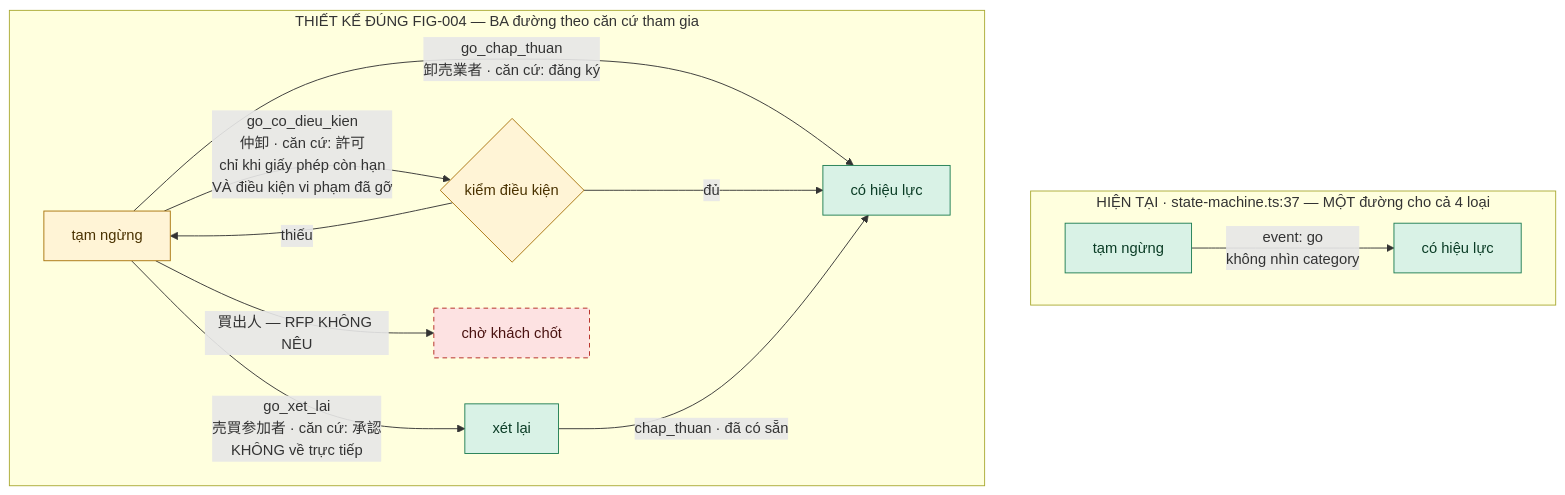
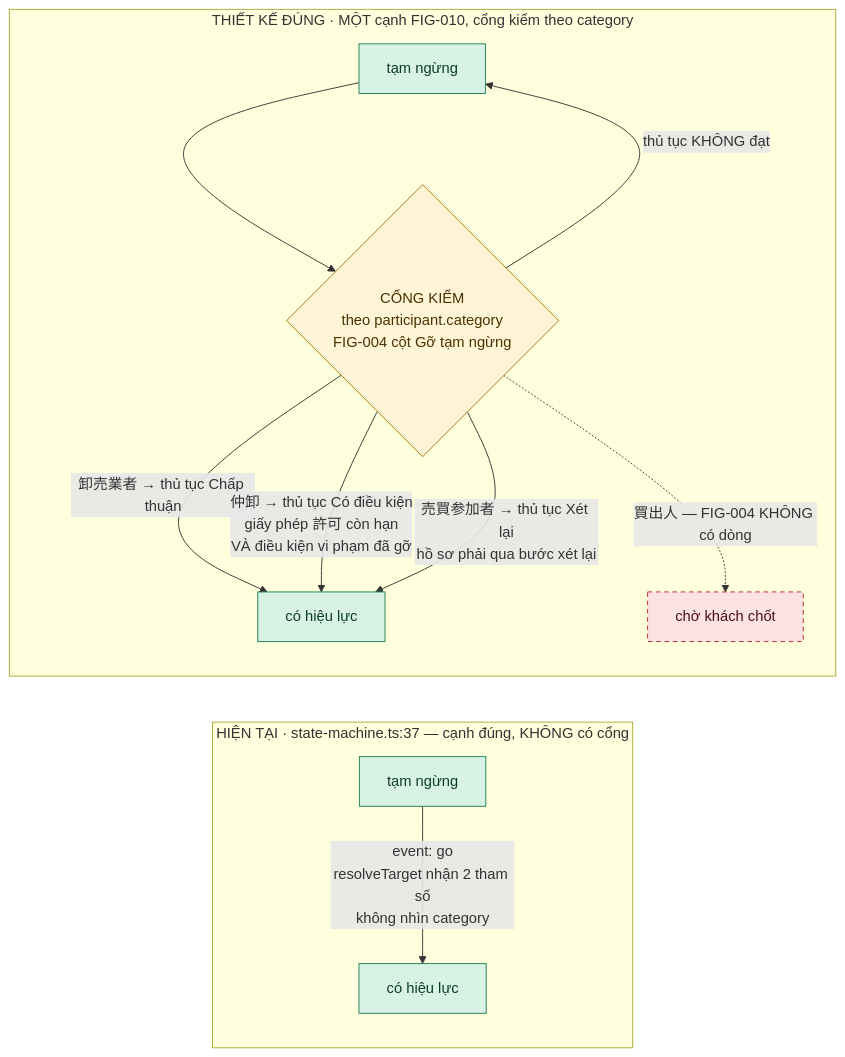
The ninth of 14 diagrams in docs/lab4/20-architecture-design.md (chienpv-3590/sakura-market), drawn with Mermaid before and after one commit. The commit also changed other lines of this file and 2 other files, not shown here.

````diff
--- a/docs/lab4/20-architecture-design.md
+++ b/docs/lab4/20-architecture-design.md
@@ -317,24 +633,22 @@
 ```mermaid
-flowchart TB
-  subgraph now["HIỆN TẠI · state-machine.ts:37 — MỘT đường cho cả 4 loại"]
-    N1["tạm ngừng"] -->|"event: go<br/>không nhìn category"| N2["có hiệu lực"]
+flowchart LR
+  subgraph now["HIỆN TẠI · state-machine.ts:37 — cạnh đúng, KHÔNG có cổng"]
+    N1["tạm ngừng"] -->|"event: go<br/>resolveTarget nhận 2 tham số<br/>không nhìn category"| N2["có hiệu lực"]
   end
 
-  subgraph want["THIẾT KẾ ĐÚNG FIG-004 — BA đường theo căn cứ tham gia"]
-    S0["tạm ngừng"]
-    S0 -->|"go_chap_thuan<br/>卸売業者 · căn cứ: đăng ký"| S1["có hiệu lực"]
-    S0 -->|"go_co_dieu_kien<br/>仲卸 · căn cứ: 許可<br/>chỉ khi giấy phép còn hạn<br/>VÀ điều kiện vi phạm đã gỡ"| S2{"kiểm điều kiện"}
-    S2 -->|"đủ"| S1
-    S2 -->|"thiếu"| S0
-    S0 -->|"go_xet_lai<br/>売買参加者 · căn cứ: 承認<br/>KHÔNG về trực tiếp"| S3["xét lại"]
-    S3 -->|"chap_thuan · đã có sẵn"| S1
-    S0 -->|"買出人 — RFP KHÔNG NÊU"| S4["chờ khách chốt"]
+  subgraph want["THIẾT KẾ ĐÚNG · MỘT cạnh FIG-010, cổng kiểm theo category"]
+    S0["tạm ngừng"] --> GATE{"CỔNG KIỂM<br/>theo participant.category<br/>FIG-004 cột Gỡ tạm ngừng"}
+    GATE -->|"卸売業者 → thủ tục Chấp thuận"| S1["có hiệu lực"]
+    GATE -->|"仲卸 → thủ tục Có điều kiện<br/>giấy phép 許可 còn hạn<br/>VÀ điều kiện vi phạm đã gỡ"| S1
+    GATE -->|"売買参加者 → thủ tục Xét lại<br/>hồ sơ phải qua bước xét lại"| S1
+    GATE -.->|"買出人 — FIG-004 KHÔNG có dòng"| SQ["chờ khách chốt"]
+    GATE -->|"thủ tục KHÔNG đạt"| S0
   end
 
   classDef built fill:#d9f2e6,stroke:#1e7d52,color:#0b3d26
   classDef lab5 fill:#fff4d6,stroke:#a8730b,color:#4a3200
   classDef open fill:#fde2e2,stroke:#b3261e,color:#4a1210,stroke-dasharray: 5 4
-  class N1,N2,S1,S3 built
-  class S0,S2 lab5
-  class S4 open
+  class N1,N2,S0,S1 built
+  class GATE lab5
+  class SQ open
 ```
````
